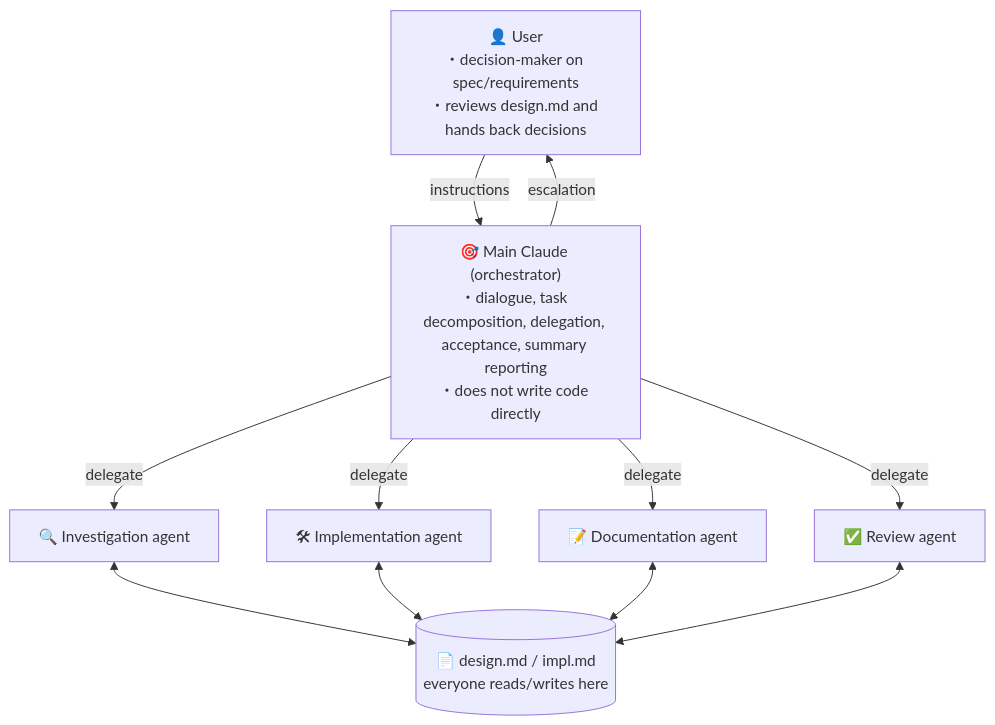
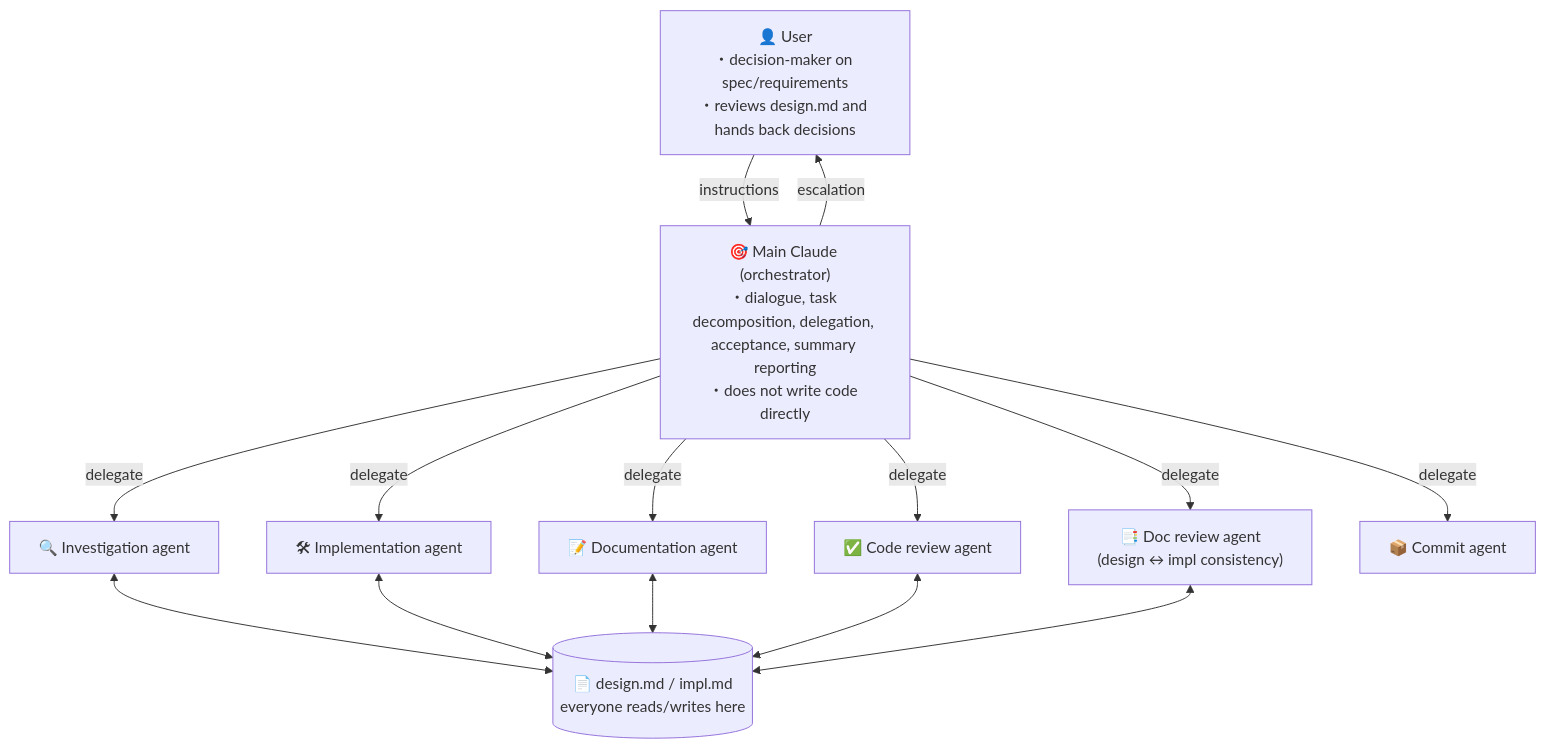
The diagram in USAGE.md (ayatsuki-meowmeow/skills), drawn with Mermaid before and after one commit. The commit also changed other lines of this file and 1 other file, not shown here.

First line of the commit message:
document parallel code/doc review in USAGE guides

````diff
--- a/USAGE.md
+++ b/USAGE.md
@@ -18,23 +18,28 @@
 ```mermaid
 flowchart TD
     User["👤 User<br/>・decision-maker on spec/requirements<br/>・reviews design.md and hands back decisions"]
     Main["🎯 Main Claude (orchestrator)<br/>・dialogue, task decomposition, delegation, acceptance, summary reporting<br/>・does not write code directly"]
     Investigate["🔍 Investigation agent"]
     Implement["🛠 Implementation agent"]
     Doc["📝 Documentation agent"]
-    Review["✅ Review agent"]
+    CodeReview["✅ Code review agent"]
+    DocReview["📑 Doc review agent<br/>(design ↔ impl consistency)"]
+    Commit["📦 Commit agent"]
     Docs[("📄 design.md / impl.md<br/>everyone reads/writes here")]
 
     User -- "instructions" --> Main
     Main -- "escalation" --> User
 
     Main -- "delegate" --> Investigate
     Main -- "delegate" --> Implement
     Main -- "delegate" --> Doc
-    Main -- "delegate" --> Review
+    Main -- "delegate" --> CodeReview
+    Main -- "delegate" --> DocReview
+    Main -- "delegate" --> Commit
 
     Investigate <--> Docs
     Implement <--> Docs
     Doc <--> Docs
-    Review <--> Docs
+    CodeReview <--> Docs
+    DocReview <--> Docs
 ```
````
